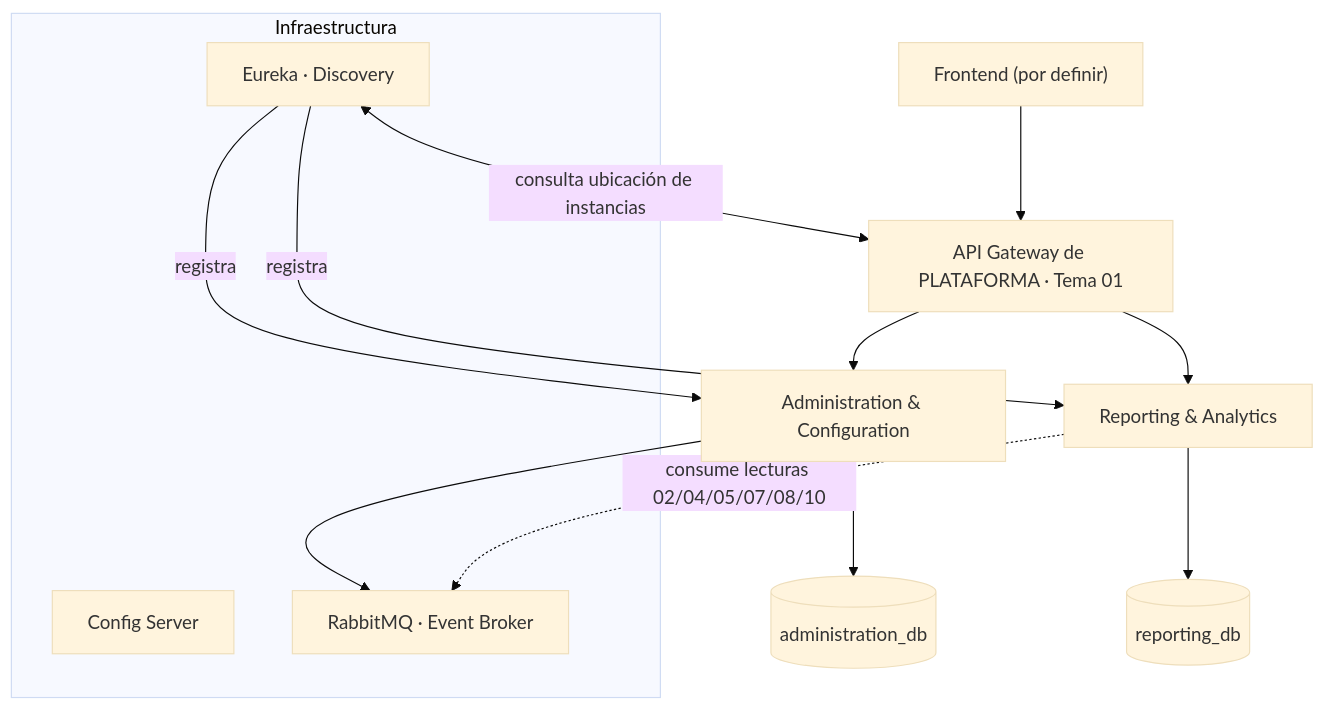
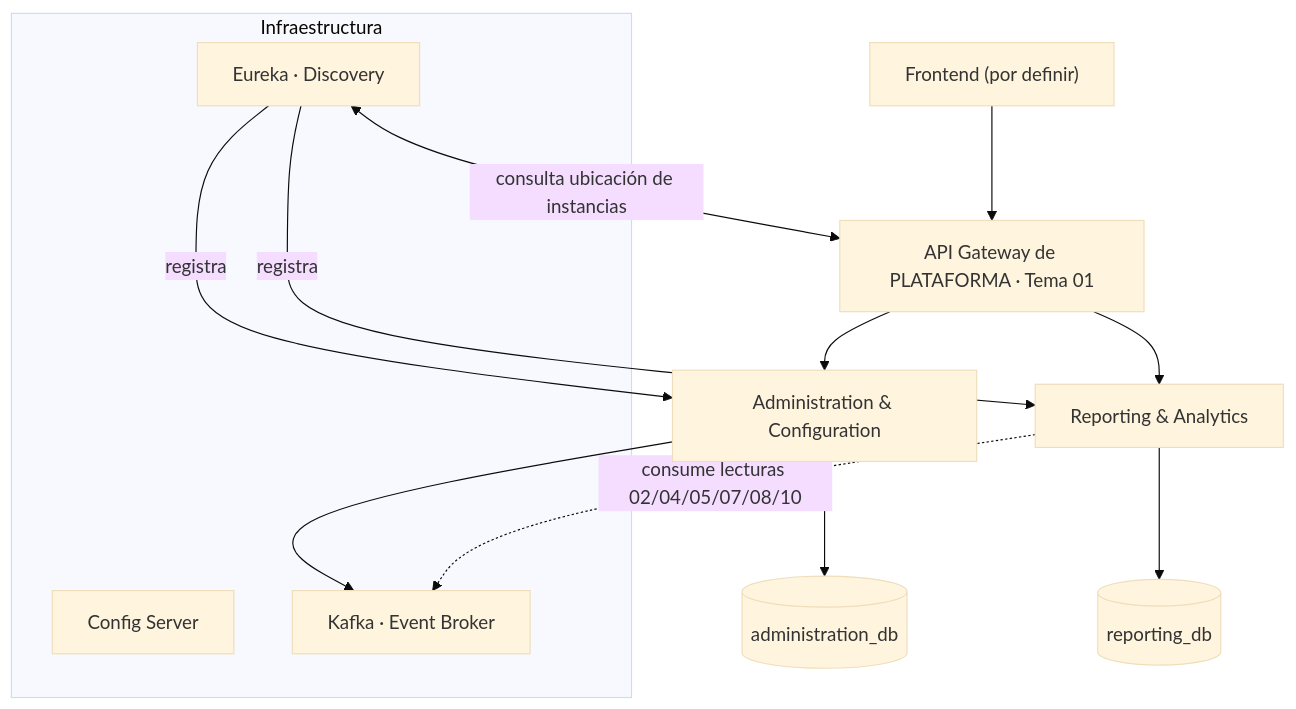
One commit to 2W2-114324-Carballo-Juarez-Mateo/backoffice-docs changed the diagram in docs/backend/arquitectura/vista-general.md. Above: the diagram before and after it, drawn with Mermaid (base theme). The commit also changed other lines of this file and 20 other files, not shown here.

Commit message:
refactor: volver a Apache Kafka como broker (decisión de plataforma con Notificaciones/Banco); RabbitMQ como alternativa

````diff
--- a/docs/backend/arquitectura/vista-general.md
+++ b/docs/backend/arquitectura/vista-general.md
@@ -7,21 +7,21 @@
 ```mermaid
 flowchart TB
     FE["Frontend (por definir)"] --> GW[API Gateway de PLATAFORMA · Tema 01]
     GW --> AD[Administration & Configuration]
     GW --> RP[Reporting & Analytics]
 
     AD --> DB1[(administration_db)]
     RP --> DB2[(reporting_db)]
 
     subgraph INFRA[Infraestructura]
         EU[Eureka · Discovery]
         CFG[Config Server]
-        RQ[RabbitMQ · Event Broker]
+        RQ[Kafka · Event Broker]
     end
 
     AD --> RQ
     RP -. consume lecturas 02/04/05/07/08/10 .-> RQ
     EU <-->|consulta ubicación de instancias| GW
     EU <-. registra .- AD
     EU <-. registra .- RP
 ```
````
